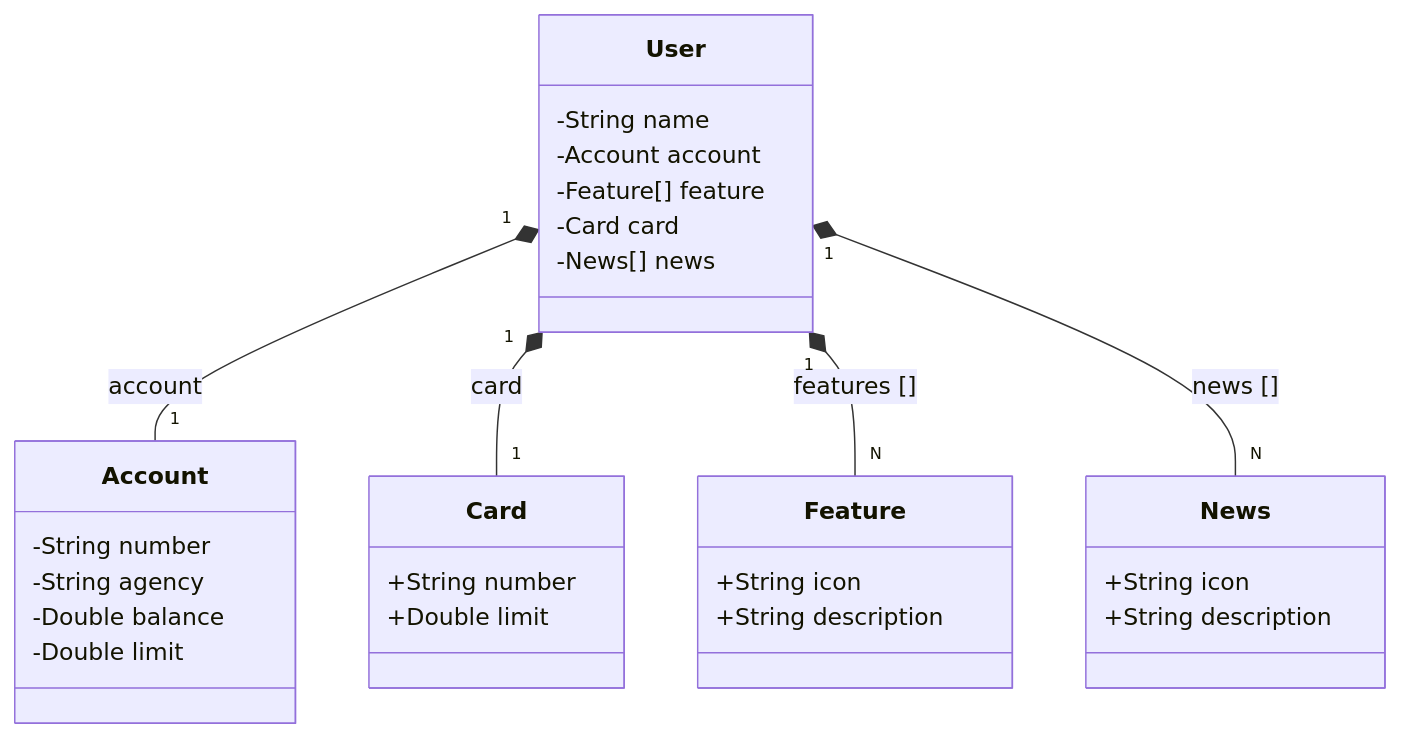
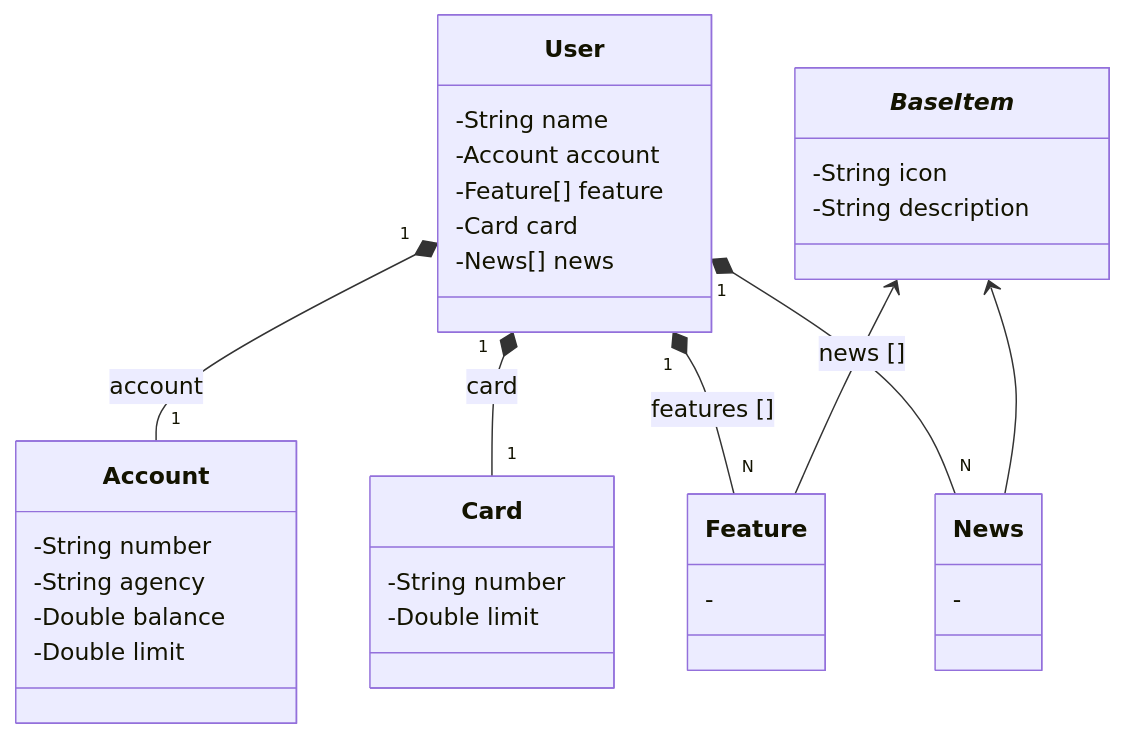
Before and after one commit to AndersonnTech/bootcamp-santander-dio-2025: the diagram in README.md, drawn with Mermaid. The commit also changed other lines of this file, not shown here.

Commit message:
Atualização do Readme.md, Correção do diagrama de classes, News e Features fazendo herança de BaseItem.

````diff
--- a/README.md
+++ b/README.md
@@ -4,39 +12,44 @@
 ```mermaid
 classDiagram
 
 class User {
   -String name
   -Account account
   -Feature[] feature
   -Card card
   -News[] news
 }
 
 class Account {
   -String number
   -String agency
   -Double balance
   -Double limit
 }
 
 class Card {
-  +String number
-  +Double limit
+  -String number
+  -Double limit
+}
+
+class _BaseItem_ {
+  -String icon
+  -String description
 }
 
 class Feature {
-  +String icon
-  +String description
+  -
 }
 
 class News {
-  +String icon
-  +String description
+  -
 }
+
 
 User "1" *-- "1" Account : account
 User "1" *-- "1" Card : card
 User "1" *-- "N" Feature : features []
 User "1" *-- "N" News : news []
-
+_BaseItem_ <-- Feature
+_BaseItem_ <-- News
 ```
````
